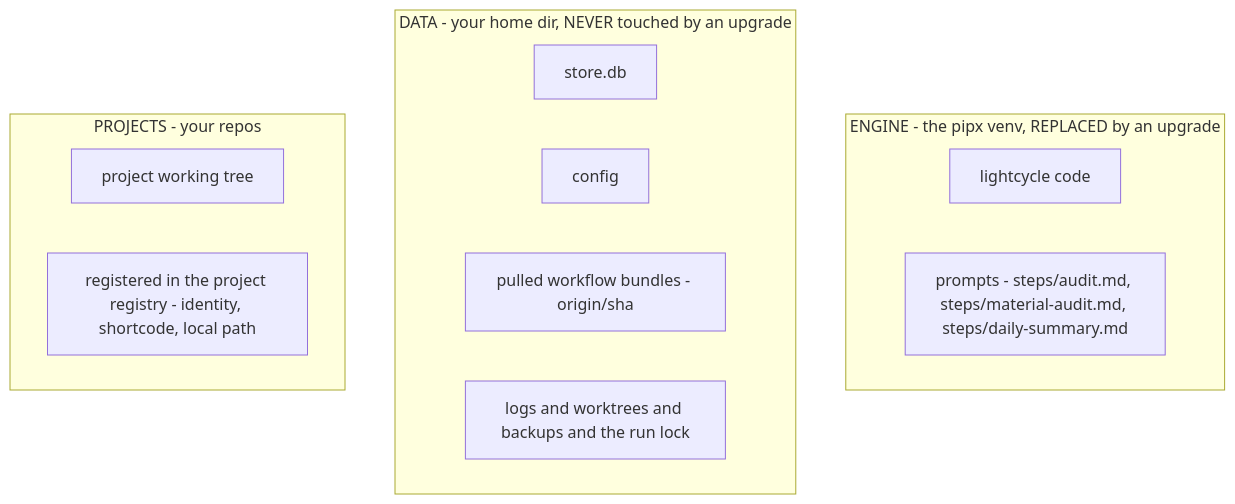
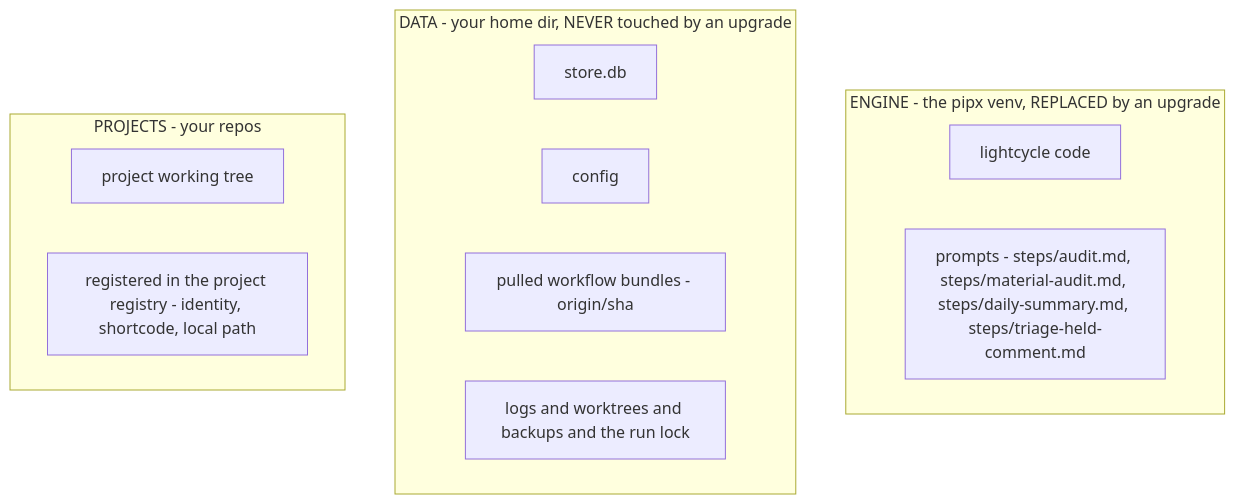
The diagram in docs/installation-and-config.md (kenmclennan/lightcycle), drawn with Mermaid before and after one commit. The commit also changed other lines of this file and 37 other files, not shown here.

First line of the commit message:
feat(feedback): triage held comments so ones that ask nothing open no gate

````diff
--- a/docs/installation-and-config.md
+++ b/docs/installation-and-config.md
@@ -16,17 +16,17 @@
 ```mermaid
 graph TD
   subgraph engine[ENGINE - the pipx venv, REPLACED by an upgrade]
     code[lightcycle code]
-    prompts[prompts - steps/audit.md, steps/material-audit.md, steps/daily-summary.md]
+    prompts[prompts - steps/audit.md, steps/material-audit.md, steps/daily-summary.md, steps/triage-held-comment.md]
   end
   subgraph data[DATA - your home dir, NEVER touched by an upgrade]
     store[store.db]
     conf[config]
     wf[pulled workflow bundles - origin/sha]
     rest[logs and worktrees and backups and the run lock]
   end
   subgraph projects[PROJECTS - your repos]
     repo[project working tree]
     reg[registered in the project registry - identity, shortcode, local path]
   end
 ```
````
